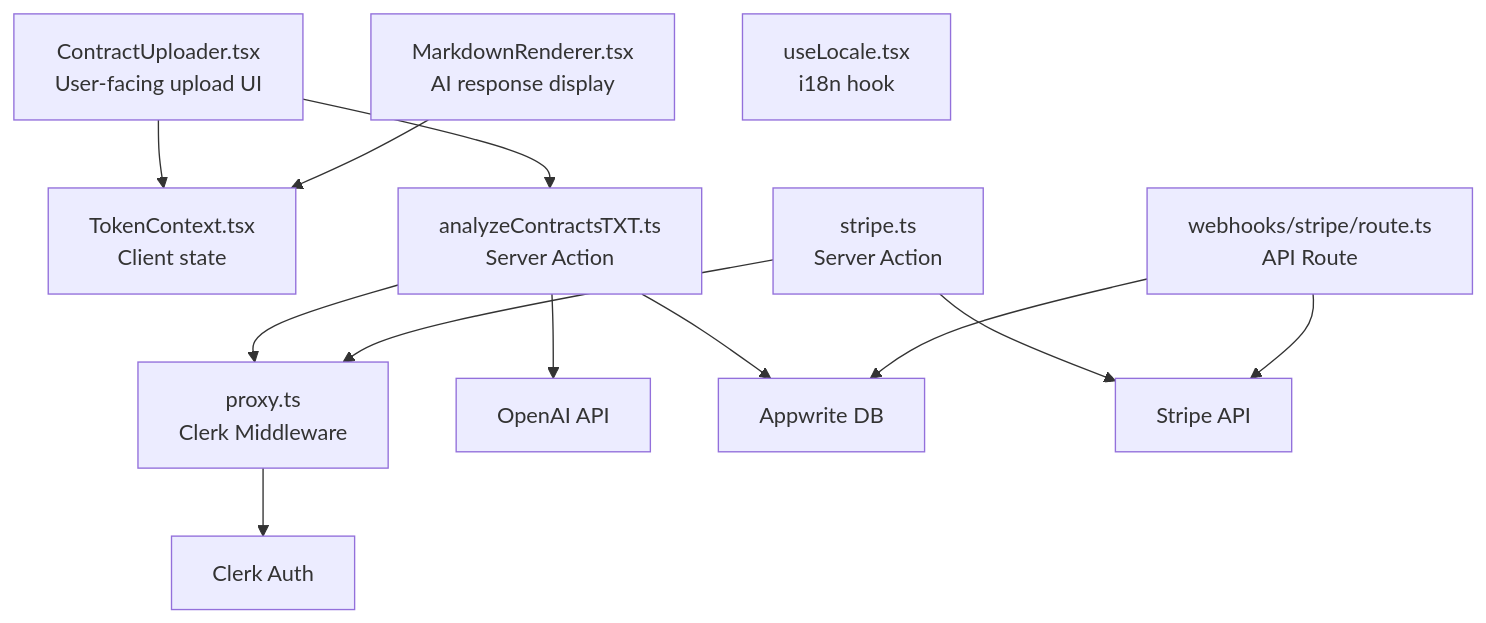
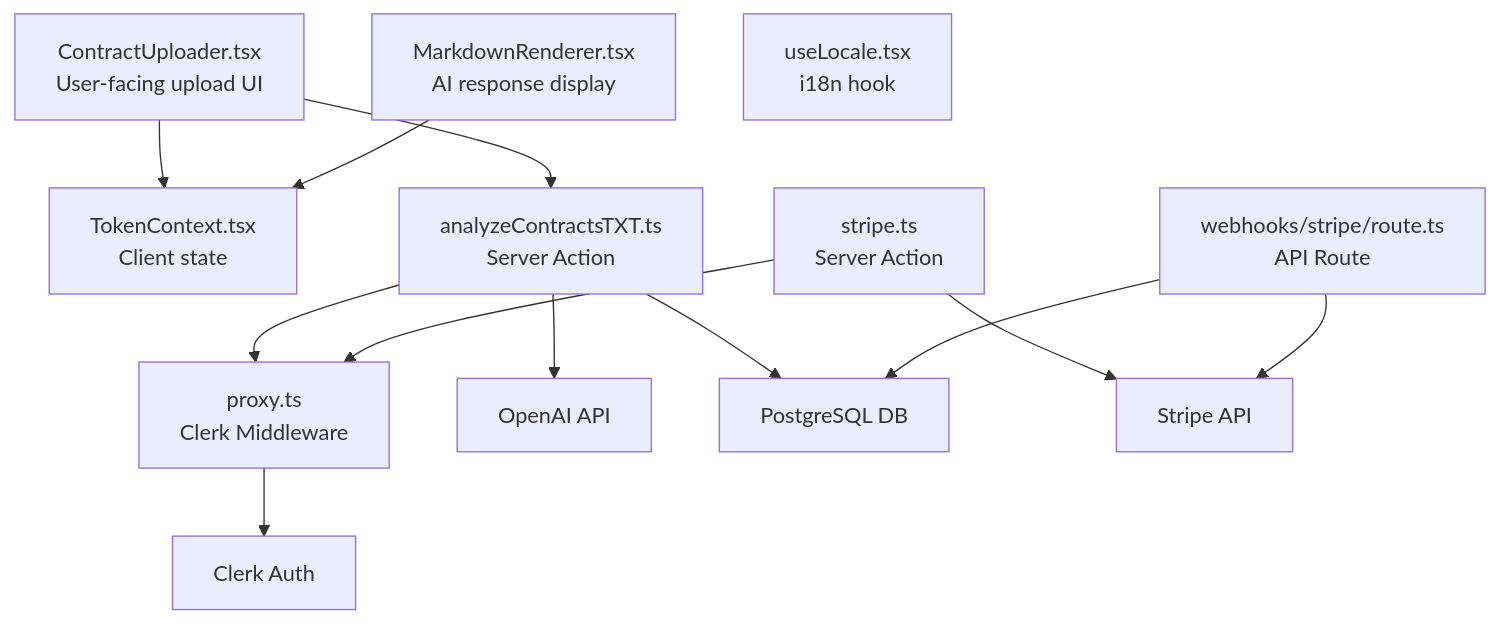
The sixth of 7 diagrams in docs/architecture/COMPONENT_INTERACTIONS.md (duzhongli-d/contractagent), drawn with Mermaid before and after one commit. The commit also changed other lines of this file and 8 other files, not shown here.

````diff
--- a/docs/architecture/COMPONENT_INTERACTIONS.md
+++ b/docs/architecture/COMPONENT_INTERACTIONS.md
@@ -291,27 +290,27 @@
 ```mermaid
 graph TD
     ContractUploader["ContractUploader.tsx<br/>User-facing upload UI"]
     MarkdownRenderer["MarkdownRenderer.tsx<br/>AI response display"]
     TokenContext["TokenContext.tsx<br/>Client state"]
     useLocale["useLocale.tsx<br/>i18n hook"]
 
     analyzeAction["analyzeContractsTXT.ts<br/>Server Action"]
     stripeAction["stripe.ts<br/>Server Action"]
 
     Proxy["proxy.ts<br/>Clerk Middleware"]
     StripeWebhook["webhooks/stripe/route.ts<br/>API Route"]
 
     ContractUploader --> TokenContext
     ContractUploader --> analyzeAction
     MarkdownRenderer --> TokenContext
 
     analyzeAction --> Proxy
     stripeAction --> Proxy
 
     Proxy --> Clerk_Ext["Clerk Auth"]
     analyzeAction --> OpenAI_Ext["OpenAI API"]
-    analyzeAction --> Appwrite_Ext["Appwrite DB"]
+    analyzeAction --> PostgreSQL_Ext["PostgreSQL DB"]
     stripeAction --> Stripe_Ext["Stripe API"]
     StripeWebhook --> Stripe_Ext
-    StripeWebhook --> Appwrite_Ext
+    StripeWebhook --> PostgreSQL_Ext
 ```
````
